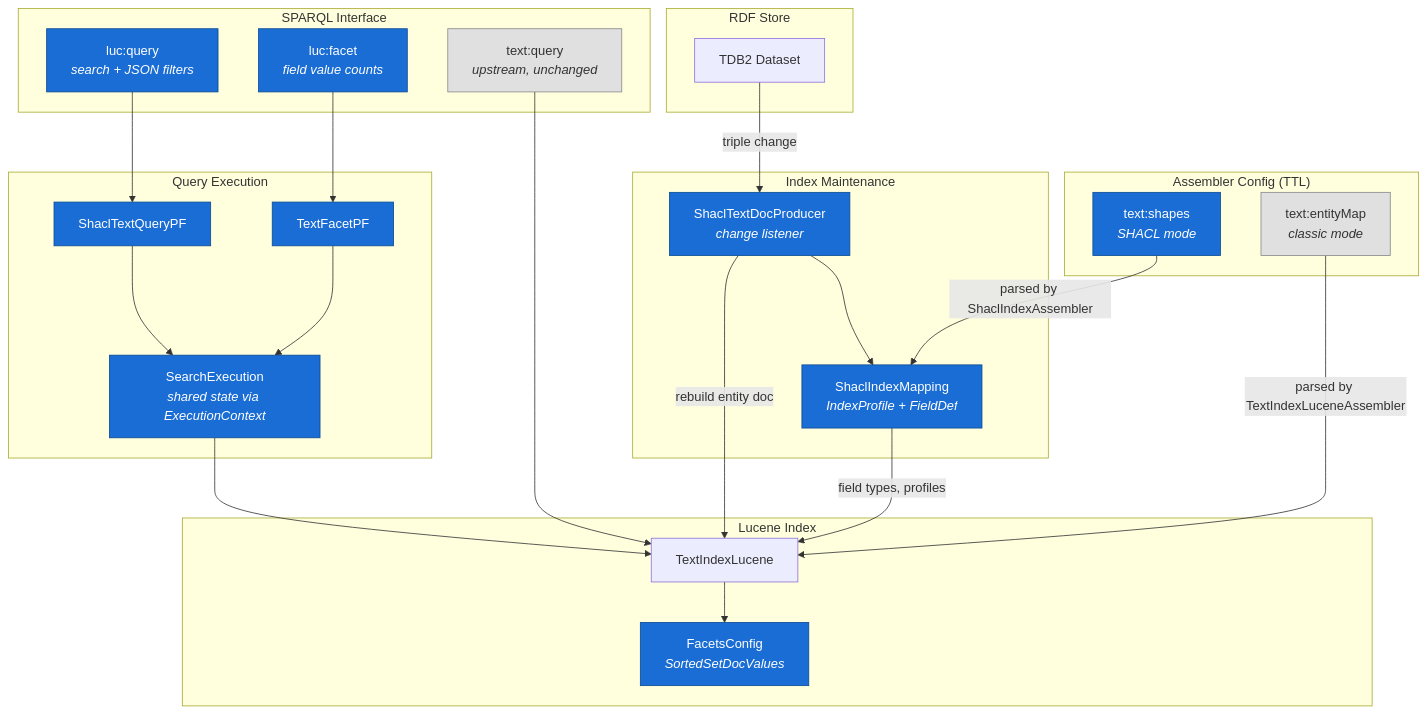
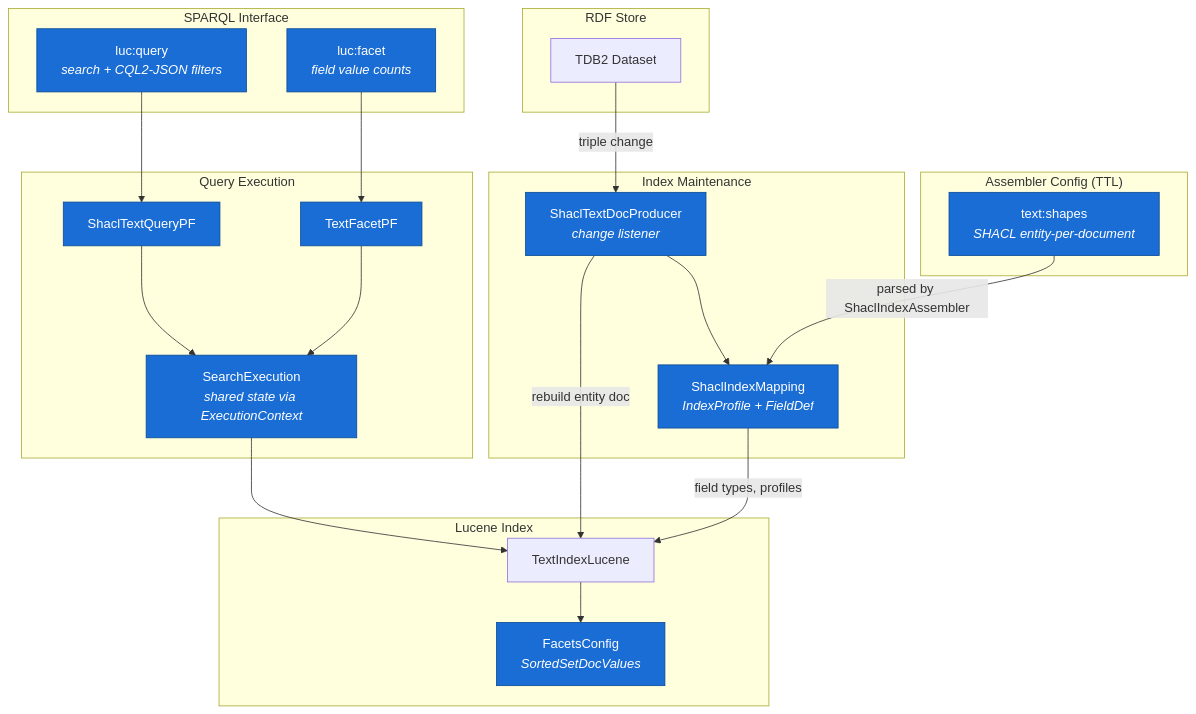
One commit to Kurrawong/jena changed the first of 2 diagrams in docs/README.md. Above: the diagram before and after it, drawn with Mermaid. The commit also changed other lines of this file and 3 other files, not shown here.

First line of the commit message:
Remove classic mode references from documentation

````diff
--- a/docs/README.md
+++ b/docs/README.md
@@ -30,62 +30,54 @@
 ```mermaid
 graph TB
     subgraph SPARQL["SPARQL Interface"]
-        TQ["text:query<br/><i>upstream, unchanged</i>"]
-        LQ["luc:query<br/><i>search + JSON filters</i>"]
+        LQ["luc:query<br/><i>search + CQL2-JSON filters</i>"]
         LF["luc:facet<br/><i>field value counts</i>"]
     end
 
     subgraph Execution["Query Execution"]
         SE["SearchExecution<br/><i>shared state via ExecutionContext</i>"]
         SQP["ShaclTextQueryPF"]
         TFP["TextFacetPF"]
     end
 
     subgraph Index["Lucene Index"]
         TIL["TextIndexLucene"]
         FC["FacetsConfig<br/><i>SortedSetDocValues</i>"]
     end
 
     subgraph Indexing["Index Maintenance"]
         STDP["ShaclTextDocProducer<br/><i>change listener</i>"]
         SIM["ShaclIndexMapping<br/><i>IndexProfile + FieldDef</i>"]
     end
 
     subgraph Config["Assembler Config (TTL)"]
-        EM["text:entityMap<br/><i>classic mode</i>"]
-        TS["text:shapes<br/><i>SHACL mode</i>"]
+        TS["text:shapes<br/><i>SHACL entity-per-document</i>"]
     end
 
     subgraph Store["RDF Store"]
         DS["TDB2 Dataset"]
     end
 
     LQ --> SQP
     LF --> TFP
     SQP --> SE
     TFP --> SE
     SE --> TIL
     TIL --> FC
 
-    TQ --> TIL
-
     DS -- "triple change" --> STDP
     STDP --> SIM
     STDP -- "rebuild entity doc" --> TIL
     SIM -- "field types, profiles" --> TIL
 
     TS -- "parsed by ShaclIndexAssembler" --> SIM
-    EM -- "parsed by TextIndexLuceneAssembler" --> TIL
-
-    style TQ fill:#e0e0e0,stroke:#888,color:#333
-    style EM fill:#e0e0e0,stroke:#888,color:#333
     style LQ fill:#1a6dd4,stroke:#0d4a94,color:#fff
     style LF fill:#1a6dd4,stroke:#0d4a94,color:#fff
     style SQP fill:#1a6dd4,stroke:#0d4a94,color:#fff
     style TFP fill:#1a6dd4,stroke:#0d4a94,color:#fff
     style SE fill:#1a6dd4,stroke:#0d4a94,color:#fff
     style STDP fill:#1a6dd4,stroke:#0d4a94,color:#fff
     style SIM fill:#1a6dd4,stroke:#0d4a94,color:#fff
     style TS fill:#1a6dd4,stroke:#0d4a94,color:#fff
     style FC fill:#1a6dd4,stroke:#0d4a94,color:#fff
 ```
````
